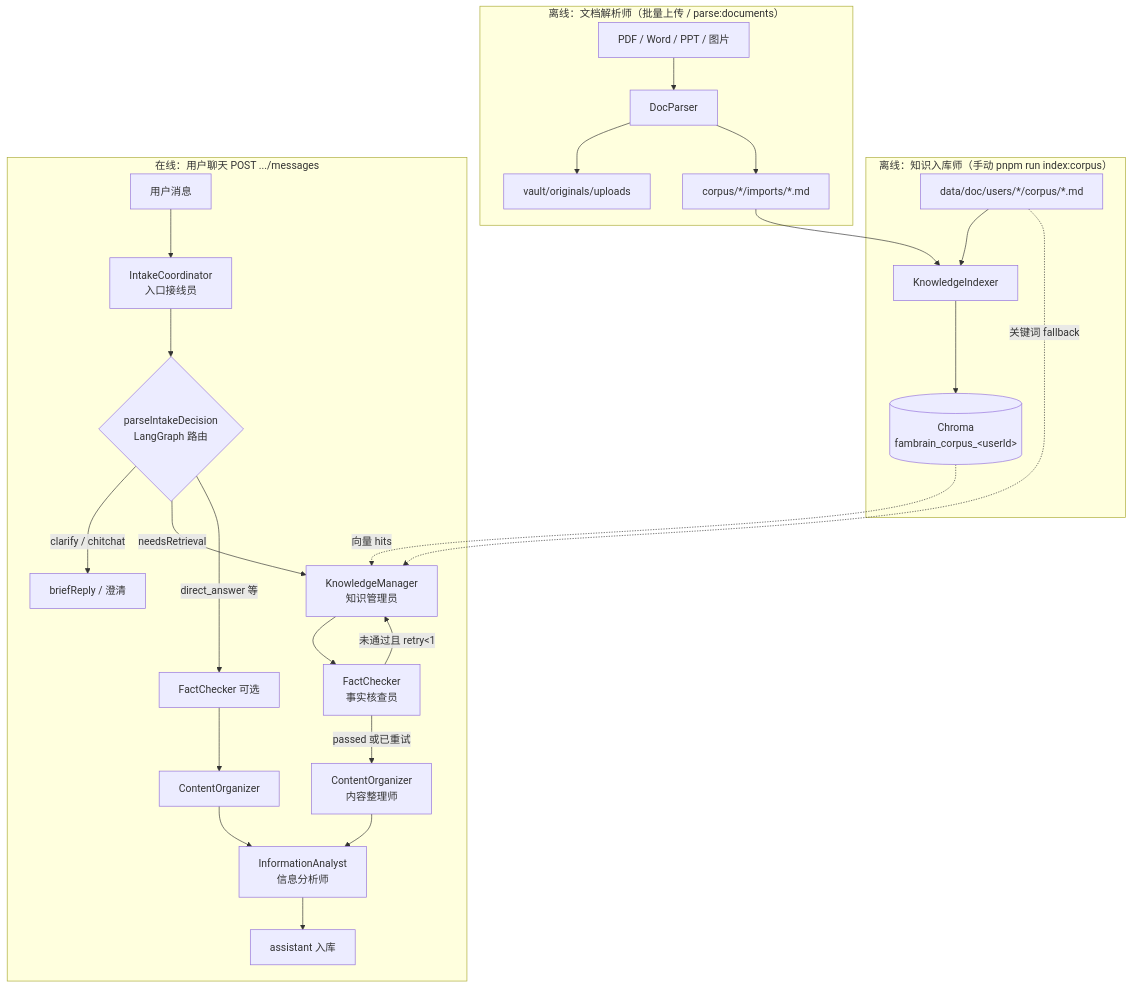
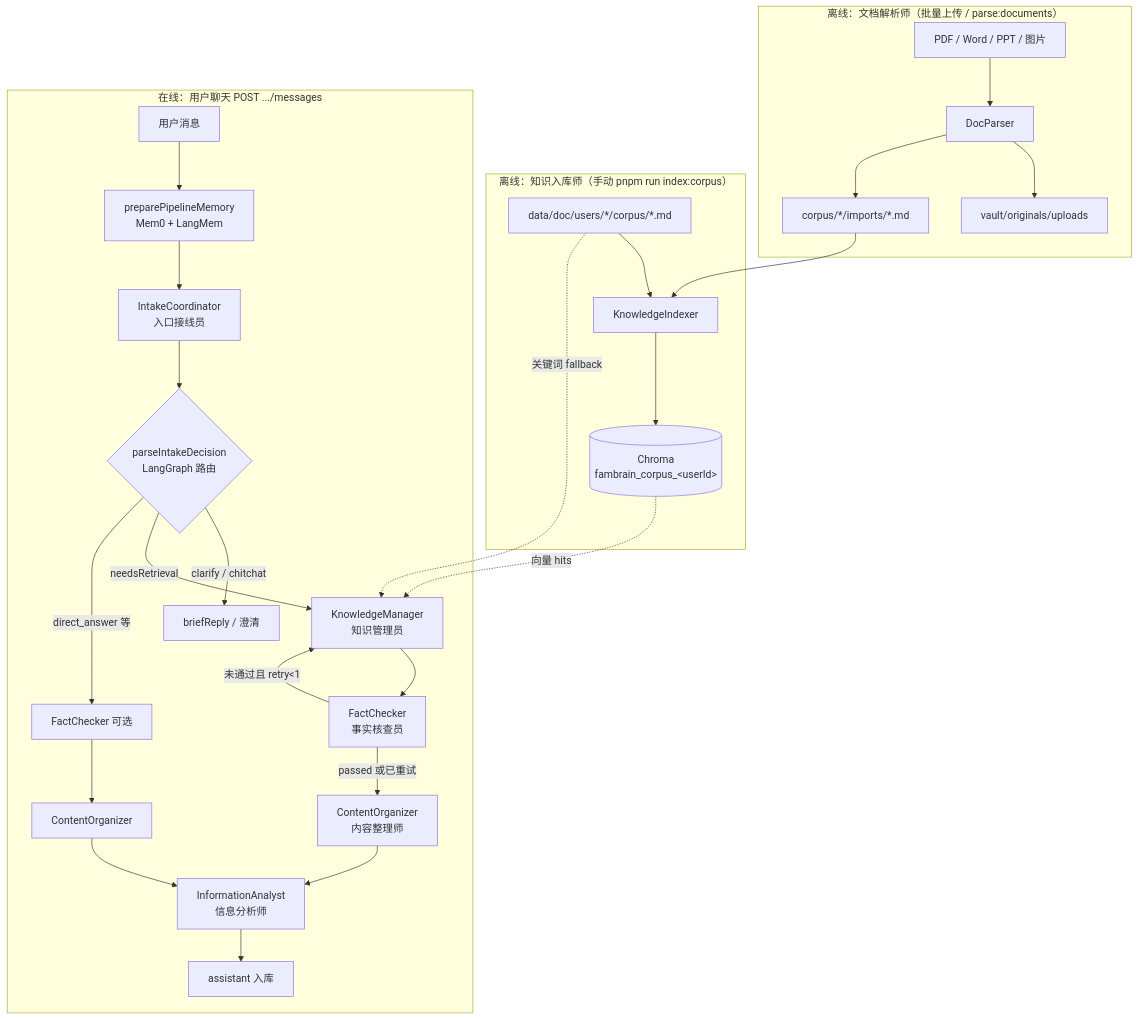
One commit to panzhanfei/fambrain-agents changed the first of 10 diagrams in docs/02-agent-flows.md. Above: the diagram before and after it, drawn with Mermaid. The commit also changed other lines of this file and 4 other files, not shown here.

First line of the commit message:
docs: 同步 2026-06-02 进度（D7 DocParser、D8 Mem0/LangMem）

````diff
--- a/docs/02-agent-flows.md
+++ b/docs/02-agent-flows.md
@@ -21,36 +21,37 @@
 ```mermaid
 flowchart TB
   subgraph offline ["离线：知识入库师（手动 pnpm run index:corpus）"]
     MD["data/doc/users/*/corpus/*.md"]
     KI["KnowledgeIndexer"]
     CH[("Chroma<br/>fambrain_corpus_&lt;userId&gt;")]
     MD --> KI --> CH
   end
 
   subgraph ingest ["离线：文档解析师（批量上传 / parse:documents）"]
     UP["PDF / Word / PPT / 图片"]
     DP["DocParser"]
     VAULT["vault/originals/uploads"]
     IMP["corpus/*/imports/*.md"]
     UP --> DP
     DP --> VAULT
     DP --> IMP
     IMP --> KI
   end
 
   subgraph online ["在线：用户聊天 POST .../messages"]
-    U[用户消息] --> IC[IntakeCoordinator<br/>入口接线员]
+    U[用户消息] --> MEM["preparePipelineMemory<br/>Mem0 + LangMem"]
+    MEM --> IC[IntakeCoordinator<br/>入口接线员]
     IC --> P{parseIntakeDecision<br/>LangGraph 路由}
     P -->|clarify / chitchat| R1[briefReply / 澄清]
     P -->|needsRetrieval| KM[KnowledgeManager<br/>知识管理员]
     KM --> FC[FactChecker<br/>事实核查员]
     FC -->|passed 或已重试| CO[ContentOrganizer<br/>内容整理师]
     FC -->|未通过且 retry&lt;1| KM
     CO --> IA[InformationAnalyst<br/>信息分析师]
     P -->|direct_answer 等| FC2[FactChecker 可选] --> CO2[ContentOrganizer] --> IA
     IA --> OUT[assistant 入库]
   end
 
   CH -.->|向量 hits| KM
   MD -.->|关键词 fallback| KM
 ```
````
